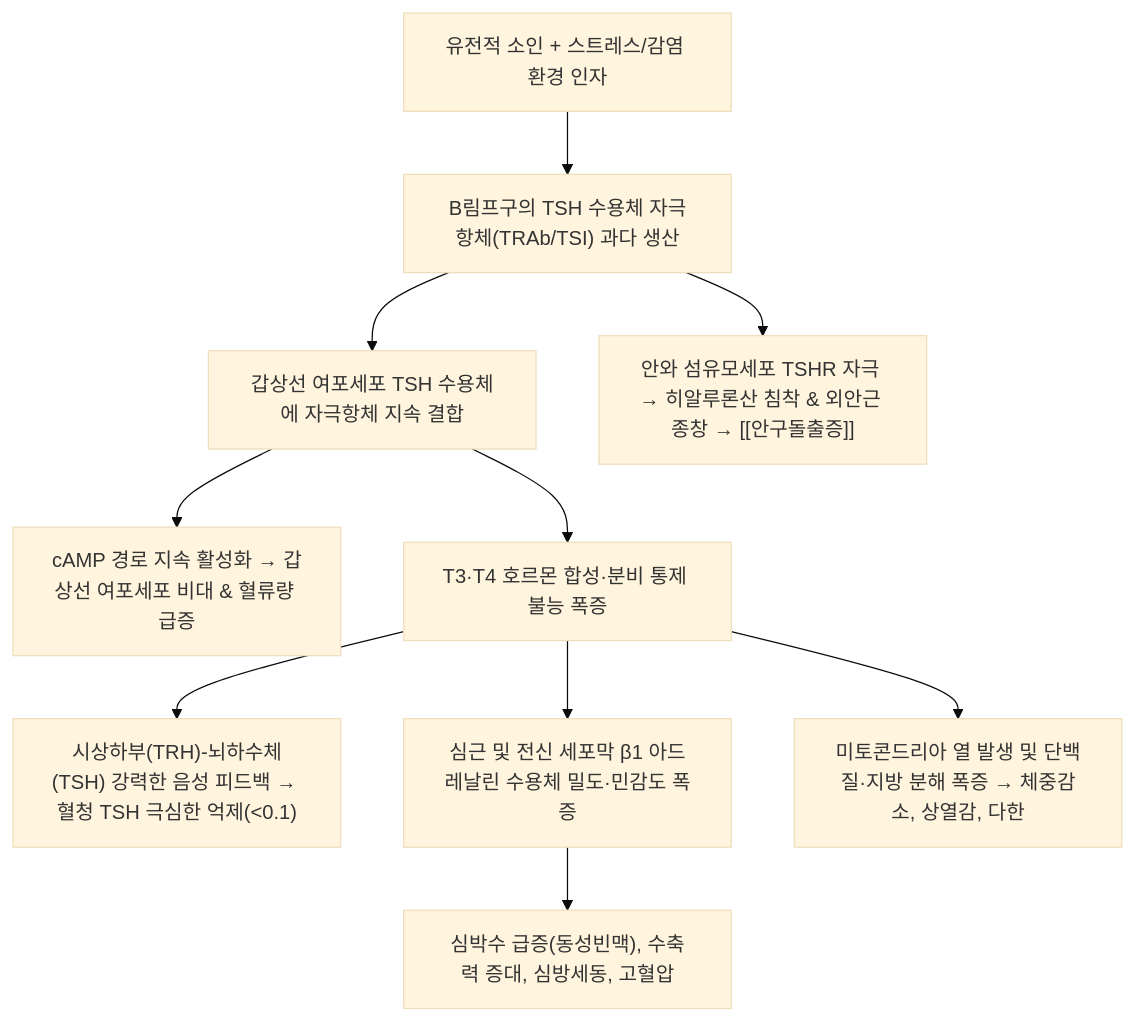
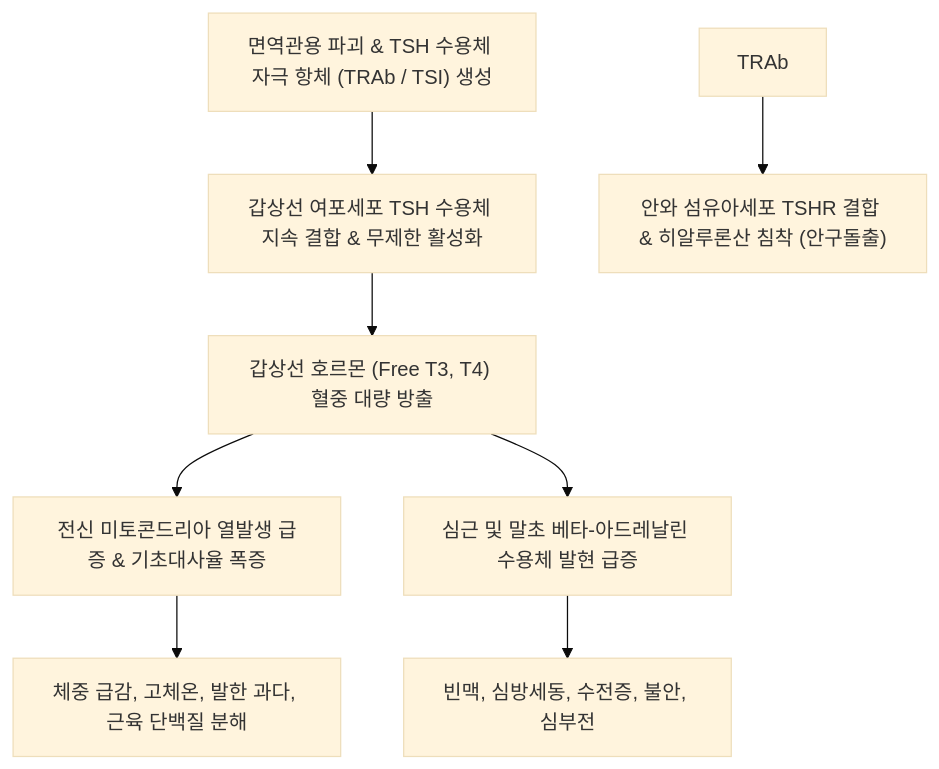
Before and after one commit to simbio11/simbio-digital-garden2: the diagram in content/3. 이론 공부/질환/내분비 질환/갑상선/갑상선 기능 항진증.md, drawn with Mermaid (base theme). The commit also changed other lines of this file and 50 other files, not shown here.

````diff
--- a/content/3. 이론 공부/질환/내분비 질환/갑상선/갑상선 기능 항진증.md
+++ b/content/3. 이론 공부/질환/내분비 질환/갑상선/갑상선 기능 항진증.md
@@ -70,14 +63,10 @@
 ```mermaid
 graph TD
-    ImmuneTrigger["유전적 소인 + 스트레스/감염 환경 인자"] --> TRAb["B림프구의 TSH 수용체 자극항체(TRAb/TSI) 과다 생산"]
-    TRAb --> TSHRBinding["갑상선 여포세포 TSH 수용체에 자극항체 지속 결합"]
-    TSHRBinding --> AdenylateCyclase["cAMP 경로 지속 활성화 → 갑상선 여포세포 비대 & 혈류량 급증"]
-    TSHRBinding --> T3T4Excess["T3·T4 호르몬 합성·분비 통제 불능 폭증"]
-
-    T3T4Excess --> PituitaryInhibit["시상하부(TRH)-뇌하수체(TSH) 강력한 음성 피드백 → 혈청 TSH 극심한 억제(<0.1)"]
-    T3T4Excess --> BetaReceptorUp["심근 및 전신 세포막 β1 아드레날린 수용체 밀도·민감도 폭증"]
-
-    BetaReceptorUp --> CardioOverload["심박수 급증(동성빈맥), 수축력 증대, 심방세동, 고혈압"]
-    T3T4Excess --> BMRSpike["미토콘드리아 열 발생 및 단백질·지방 분해 폭증 → 체중감소, 상열감, 다한"]
-    TRAb --> OrbitalFibroblast["안와 섬유모세포 TSHR 자극 → 히알루론산 침착 & 외안근 종창 → [[안구돌출증]]"]
+    AutoImmune["면역관용 파괴 & TSH 수용체 자극 항체 (TRAb / TSI) 생성"] --> FollicleAct["갑상선 여포세포 TSH 수용체 지속 결합 & 무제한 활성화"]
+    FollicleAct --> T3T4Surge["갑상선 호르몬 (Free T3, T4) 혈중 대량 방출"]
+    T3T4Surge --> BMRBurst["전신 미토콘드리아 열발생 급증 & 기초대사율 폭증"]
+    T3T4Surge --> BetaAdrenergic["심근 및 말초 베타-아드레날린 수용체 발현 급증"]
+    BMRBurst --> HyperMetabolic["체중 급감, 고체온, 발한 과다, 근육 단백질 분해"]
+    BetaAdrenergic --> CardioStorm["빈맥, 심방세동, 수전증, 불안, 심부전"]
+    TRAb --> OrbitFibro["안와 섬유아세포 TSHR 결합 & 히알루론산 침착 (안구돌출)"]
 ```
````
